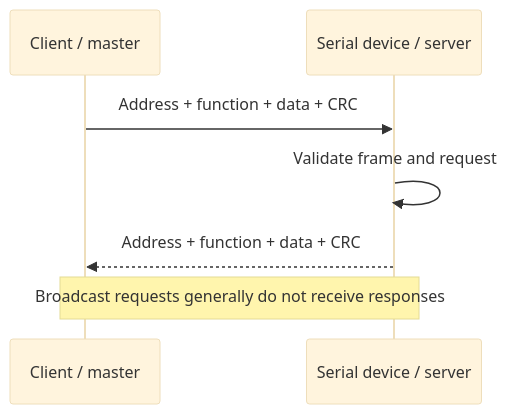
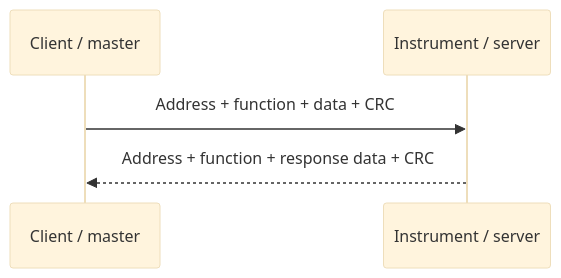
One commit to Himazad1917/rs485-modbus-rtu-lab changed the second of 2 diagrams in README.md. Above: the diagram before and after it, drawn with Mermaid (base theme). The commit also changed other lines of this file, not shown here.

````diff
--- a/README.md
+++ b/README.md
@@ -20,9 +24,7 @@
-```mermaid
+~~~mermaid
 sequenceDiagram
-  participant C as Client / master
-  participant S as Serial device / server
-  C->>S: Address + function + data + CRC
-  S->>S: Validate frame and request
-  S-->>C: Address + function + data + CRC
-  Note over C,S: Broadcast requests generally do not receive responses
-```
+  participant M as Client / master
+  participant S as Instrument / server
+  M->>S: Address + function + data + CRC
+  S-->>M: Address + function + response data + CRC
+~~~
````
